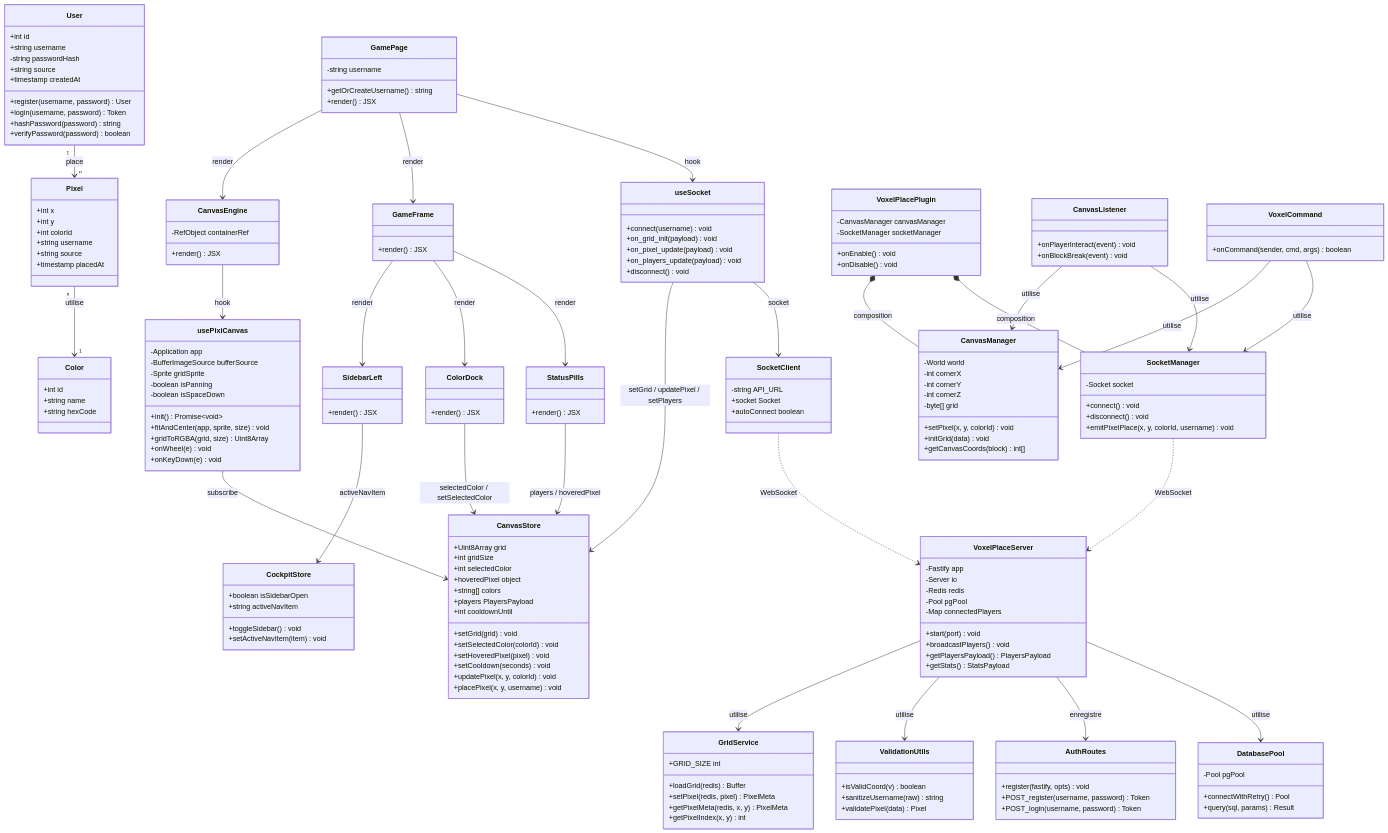
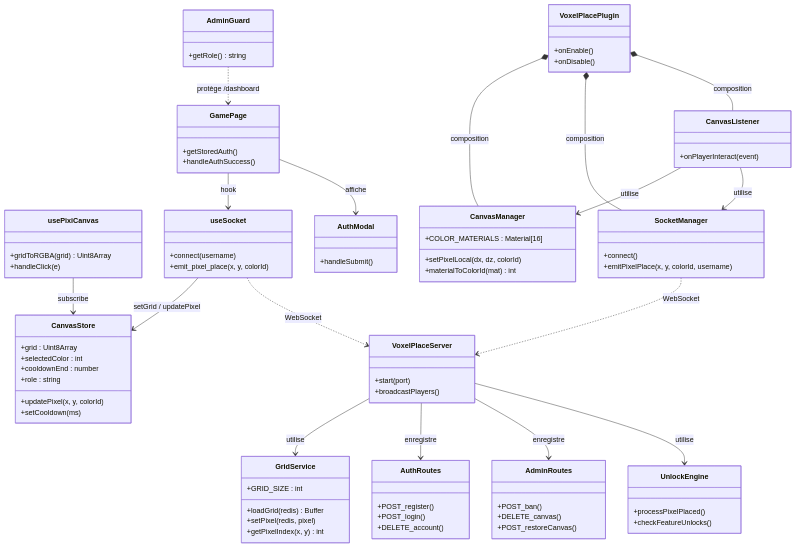
The diagram in docs/uml/class-diagram.md (MaKSiiMe/VoxelPlace), drawn with Mermaid before and after one commit. The commit also changed other lines of this file and 34 other files, not shown here.

````diff
--- a/docs/uml/class-diagram.md
+++ b/docs/uml/class-diagram.md
@@ -3,221 +3,112 @@
 ```mermaid
 classDiagram
 
-    %% ─── Entités métier ───────────────────────────────────────────────────────
-
-    class User {
-        +int id
-        +string username
-        -string passwordHash
-        +string source
-        +timestamp createdAt
-        +register(username, password) User
-        +login(username, password) Token
-        +hashPassword(password) string
-        +verifyPassword(password) boolean
-    }
-
-    class Pixel {
-        +int x
-        +int y
-        +int colorId
-        +string username
-        +string source
-        +timestamp placedAt
-    }
-
-    class Color {
-        +int id
-        +string name
-        +string hexCode
-    }
-
-    %% ─── Backend — Fastify + Socket.io ───────────────────────────────────────
+    %% ── Backend ──────────────────────────────────────────────────────────────
 
     class VoxelPlaceServer {
-        -Fastify app
-        -Server io
-        -Redis redis
-        -Pool pgPool
-        -Map connectedPlayers
-        +start(port) void
-        +broadcastPlayers() void
-        +getPlayersPayload() PlayersPayload
-        +getStats() StatsPayload
+        +start(port)
+        +broadcastPlayers()
     }
 
     class GridService {
+        +GRID_SIZE : int
         +loadGrid(redis) Buffer
-        +setPixel(redis, pixel) PixelMeta
-        +getPixelMeta(redis, x, y) PixelMeta
+        +setPixel(redis, pixel)
         +getPixelIndex(x, y) int
-        +GRID_SIZE int
-    }
-
-    class ValidationUtils {
-        +isValidCoord(v) boolean
-        +sanitizeUsername(raw) string
-        +validatePixel(data) Pixel
     }
 
     class AuthRoutes {
-        +register(fastify, opts) void
-        +POST_register(username, password) Token
-        +POST_login(username, password) Token
+        +POST_register()
+        +POST_login()
+        +DELETE_account()
     }
 
-    class DatabasePool {
-        -Pool pgPool
-        +connectWithRetry() Pool
-        +query(sql, params) Result
+    class AdminRoutes {
+        +POST_ban()
+        +DELETE_canvas()
+        +POST_restoreCanvas()
     }
 
-    %% ─── Frontend — Next.js App Router ───────────────────────────────────────
+    class UnlockEngine {
+        +processPixelPlaced()
+        +checkFeatureUnlocks()
+    }
+
+    %% ── Frontend ─────────────────────────────────────────────────────────────
 
     class GamePage {
-        -string username
-        +getOrCreateUsername() string
-        +render() JSX
+        +getStoredAuth()
+        +handleAuthSuccess()
     }
 
-    class CanvasEngine {
-        -RefObject containerRef
-        +render() JSX
+    class CanvasStore {
+        +grid : Uint8Array
+        +selectedColor : int
+        +cooldownEnd : number
+        +role : string
+        +updatePixel(x, y, colorId)
+        +setCooldown(ms)
     }
 
     class usePixiCanvas {
-        -Application app
-        -BufferImageSource bufferSource
-        -Sprite gridSprite
-        -boolean isPanning
-        -boolean isSpaceDown
-        +init() Promise~void~
-        +fitAndCenter(app, sprite, size) void
-        +gridToRGBA(grid, size) Uint8Array
-        +onWheel(e) void
-        +onKeyDown(e) void
-    }
-
-    class CanvasStore {
-        +Uint8Array grid
-        +int gridSize
-        +int selectedColor
-        +hoveredPixel object
-        +string[] colors
-        +players PlayersPayload
-        +int cooldownUntil
-        +setGrid(grid) void
-        +setSelectedColor(colorId) void
-        +setHoveredPixel(pixel) void
-        +setCooldown(seconds) void
-        +updatePixel(x, y, colorId) void
-        +placePixel(x, y, username) void
-    }
-
-    class GameFrame {
-        +render() JSX
-    }
-
-    class ColorDock {
-        +render() JSX
-    }
-
-    class SidebarLeft {
-        +render() JSX
-    }
-
-    class StatusPills {
-        +render() JSX
-    }
-
-    class CockpitStore {
-        +boolean isSidebarOpen
-        +string activeNavItem
-        +toggleSidebar() void
-        +setActiveNavItem(item) void
+        +gridToRGBA(grid) Uint8Array
+        +handleClick(e)
     }
 
     class useSocket {
-        +connect(username) void
-        +on_grid_init(payload) void
-        +on_pixel_update(payload) void
-        +on_players_update(payload) void
-        +disconnect() void
+        +connect(username)
+        +emit_pixel_place(x, y, colorId)
     }
 
-    class SocketClient {
-        -string API_URL
-        +socket Socket
-        +autoConnect boolean
+    class AuthModal {
+        +handleSubmit()
     }
 
-    %% ─── Plugin Minecraft ────────────────────────────────────────────────────
+    class AdminGuard {
+        +getRole() string
+    }
+
+    %% ── Plugin Minecraft ─────────────────────────────────────────────────────
 
     class VoxelPlacePlugin {
-        -CanvasManager canvasManager
-        -SocketManager socketManager
-        +onEnable() void
-        +onDisable() void
+        +onEnable()
+        +onDisable()
     }
 
     class CanvasManager {
-        -World world
-        -int cornerX
-        -int cornerY
-        -int cornerZ
-        -byte[] grid
-        +setPixel(x, y, colorId) void
-        +initGrid(data) void
-        +getCanvasCoords(block) int[]
+        +COLOR_MATERIALS : Material[16]
+        +setPixelLocal(dx, dz, colorId)
+        +materialToColorId(mat) int
     }
 
     class SocketManager {
-        -Socket socket
-        +connect() void
-        +disconnect() void
-        +emitPixelPlace(x, y, colorId, username) void
+        +connect()
+        +emitPixelPlace(x, y, colorId, username)
     }
 
     class CanvasListener {
-        +onPlayerInteract(event) void
-        +onBlockBreak(event) void
+        +onPlayerInteract(event)
     }
 
-    class VoxelCommand {
-        +onCommand(sender, cmd, args) boolean
-    }
+    %% ── Relations ────────────────────────────────────────────────────────────
 
-    %% ─── Relations ───────────────────────────────────────────────────────────
+    VoxelPlaceServer --> GridService    : utilise
+    VoxelPlaceServer --> AuthRoutes     : enregistre
+    VoxelPlaceServer --> AdminRoutes    : enregistre
+    VoxelPlaceServer --> UnlockEngine   : utilise
 
-    User       "1" --> "n" Pixel    : place
-    Pixel      "n" --> "1" Color    : utilise
+    GamePage        --> useSocket       : hook
+    GamePage        --> AuthModal       : affiche
+    useSocket       --> CanvasStore     : setGrid / updatePixel
+    usePixiCanvas   --> CanvasStore     : subscribe
+    AdminGuard      ..> GamePage        : protège /dashboard
 
-    VoxelPlaceServer --> GridService      : utilise
-    VoxelPlaceServer --> ValidationUtils  : utilise
-    VoxelPlaceServer --> AuthRoutes       : enregistre
-    VoxelPlaceServer --> DatabasePool     : utilise
+    VoxelPlacePlugin *-- CanvasManager  : composition
+    VoxelPlacePlugin *-- SocketManager  : composition
+    VoxelPlacePlugin *-- CanvasListener : composition
+    CanvasListener   --> CanvasManager  : utilise
+    CanvasListener   --> SocketManager  : utilise
 
-    GamePage        --> CanvasEngine   : render
-    GamePage        --> GameFrame      : render
-    GamePage        --> useSocket      : hook
-    CanvasEngine    --> usePixiCanvas  : hook
-    usePixiCanvas   --> CanvasStore    : subscribe
-    GameFrame       --> SidebarLeft    : render
-    GameFrame       --> ColorDock      : render
-    GameFrame       --> StatusPills    : render
-    ColorDock       --> CanvasStore    : selectedColor / setSelectedColor
-    StatusPills     --> CanvasStore    : players / hoveredPixel
-    SidebarLeft     --> CockpitStore   : activeNavItem
-    useSocket       --> CanvasStore    : setGrid / updatePixel / setPlayers
-    useSocket       --> SocketClient   : socket
-
-    VoxelPlacePlugin  *-- CanvasManager   : composition
-    VoxelPlacePlugin  *-- SocketManager   : composition
-    CanvasListener    --> CanvasManager   : utilise
-    CanvasListener    --> SocketManager   : utilise
-    VoxelCommand      --> CanvasManager   : utilise
-    VoxelCommand      --> SocketManager   : utilise
-
-    SocketManager  ..> VoxelPlaceServer  : WebSocket
-    SocketClient   ..> VoxelPlaceServer  : WebSocket
+    SocketManager  ..> VoxelPlaceServer : WebSocket
+    useSocket      ..> VoxelPlaceServer : WebSocket
 ```
````
